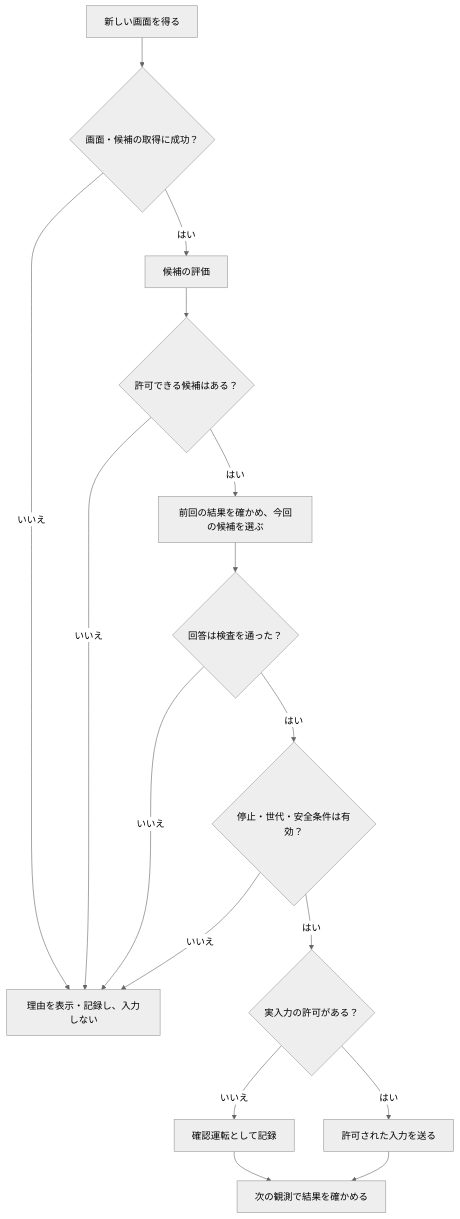
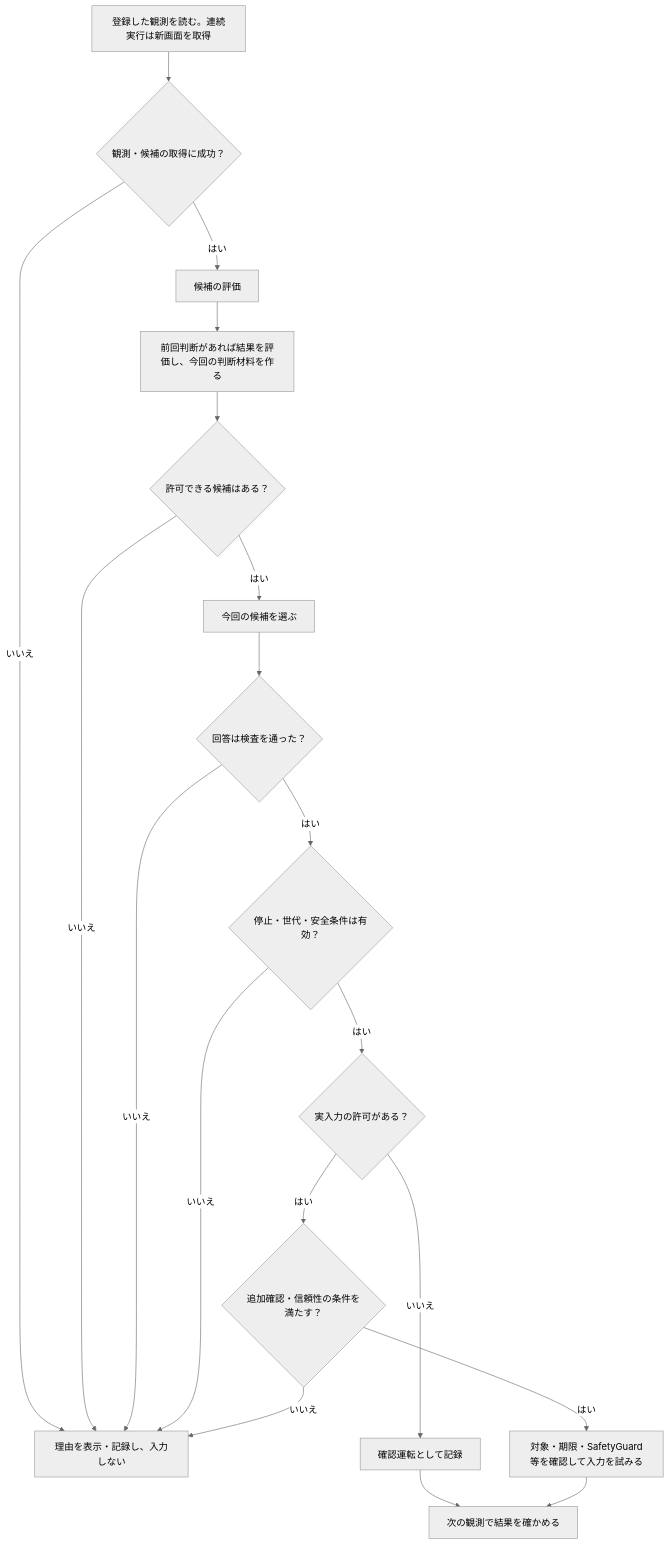
The second of 2 diagrams in doc/architecture/flow_for_readers.md (tomiya7688/AI_game_player), drawn with Mermaid (neutral theme) before and after one commit. The commit also changed other lines of this file and 2 other files, not shown here.

````diff
--- a/doc/architecture/flow_for_readers.md
+++ b/doc/architecture/flow_for_readers.md
@@ -56,18 +65,21 @@
 ```mermaid
 flowchart TD
-    A["新しい画面を得る"] --> B{"画面・候補の取得に成功？"}
+    A["登録した観測を読む。連続実行は新画面を取得"] --> B{"観測・候補の取得に成功？"}
     B -->|いいえ| Z["理由を表示・記録し、入力しない"]
     B -->|はい| C["候補の評価"]
-    C --> D{"許可できる候補はある？"}
+    C --> R["前回判断があれば結果を評価し、今回の判断材料を作る"]
+    R --> D{"許可できる候補はある？"}
     D -->|いいえ| Z
-    D -->|はい| E["前回の結果を確かめ、今回の候補を選ぶ"]
+    D -->|はい| E["今回の候補を選ぶ"]
     E --> F{"回答は検査を通った？"}
     F -->|いいえ| Z
     F -->|はい| G{"停止・世代・安全条件は有効？"}
     G -->|いいえ| Z
     G -->|はい| H{"実入力の許可がある？"}
     H -->|いいえ| I["確認運転として記録"]
-    H -->|はい| J["許可された入力を送る"]
+    H -->|はい| V{"追加確認・信頼性の条件を満たす？"}
+    V -->|いいえ| Z
+    V -->|はい| J["対象・期限・SafetyGuard等を確認して入力を試みる"]
     I --> K["次の観測で結果を確かめる"]
     J --> K
 ```
````
